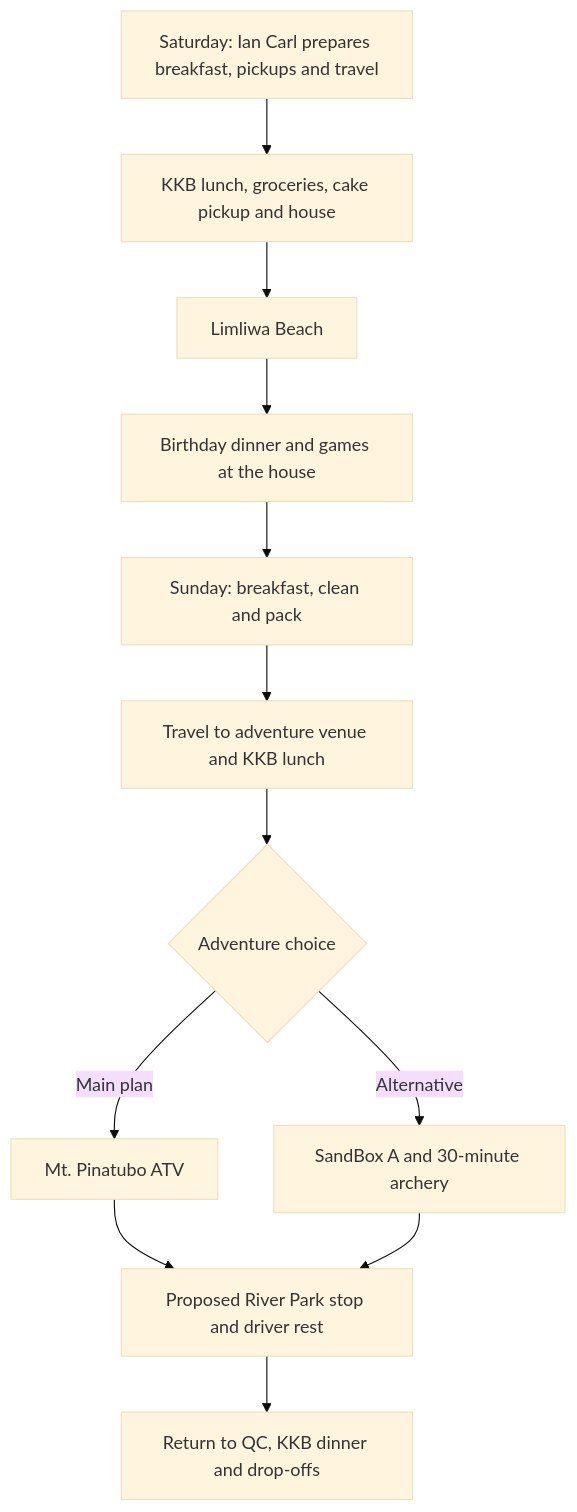
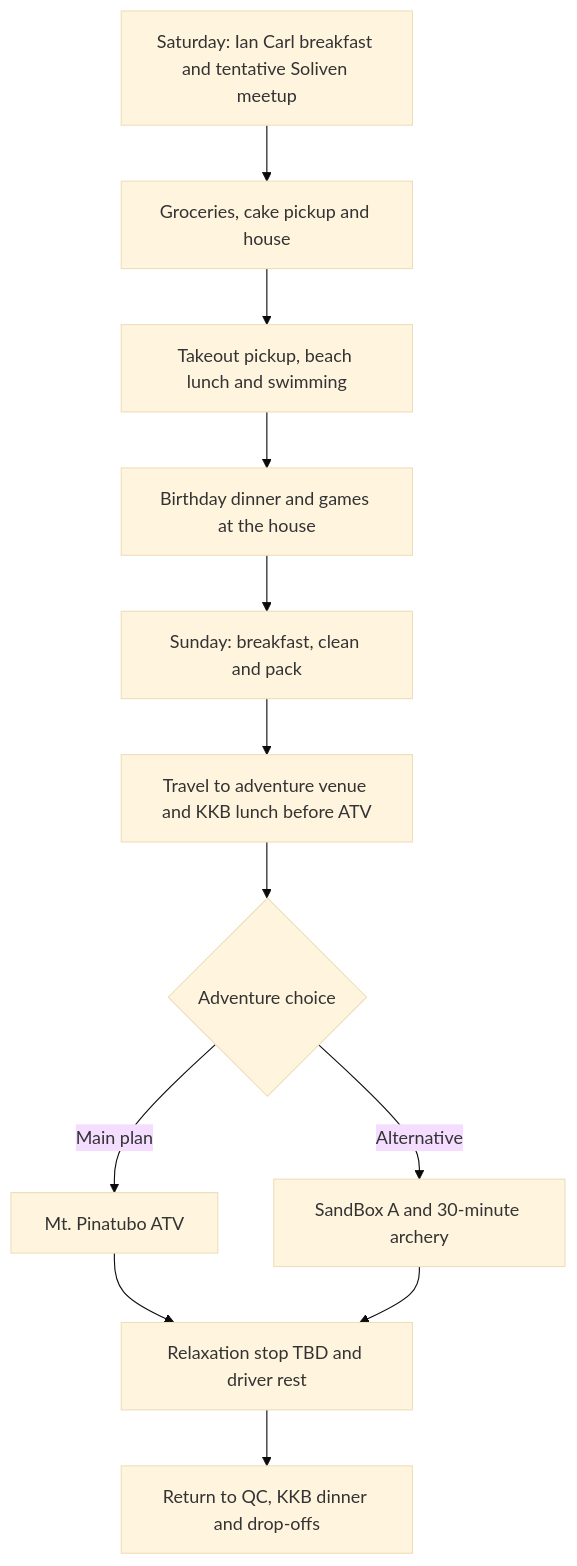
One commit to itsmcliam/Birthday-Plan changed the second of 2 diagrams in README.md. Above: the diagram before and after it, drawn with Mermaid (base theme). The commit also changed other lines of this file and 5 other files, not shown here.

Commit message:
Use tentative Soliven meetup, Saturday beach takeout and pending post-ATV rest stop

````diff
--- a/README.md
+++ b/README.md
@@ -171,14 +171,14 @@
 ```mermaid
 flowchart TD
-    A["Saturday: Ian Carl prepares breakfast, pickups and travel"] --> B["KKB lunch, groceries, cake pickup and house"]
-    B --> C["Limliwa Beach"]
+    A["Saturday: Ian Carl breakfast and tentative Soliven meetup"] --> B["Groceries, cake pickup and house"]
+    B --> C["Takeout pickup, beach lunch and swimming"]
     C --> D["Birthday dinner and games at the house"]
     D --> E["Sunday: breakfast, clean and pack"]
-    E --> F["Travel to adventure venue and KKB lunch"]
+    E --> F["Travel to adventure venue and KKB lunch before ATV"]
     F --> G{"Adventure choice"}
     G -->|"Main plan"| H["Mt. Pinatubo ATV"]
     G -->|"Alternative"| I["SandBox A and 30-minute archery"]
-    H --> J["Proposed River Park stop and driver rest"]
+    H --> J["Relaxation stop TBD and driver rest"]
     I --> J
     J --> K["Return to QC, KKB dinner and drop-offs"]
 ```
````
